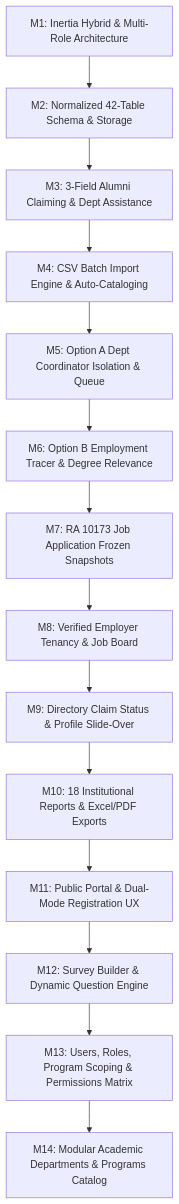
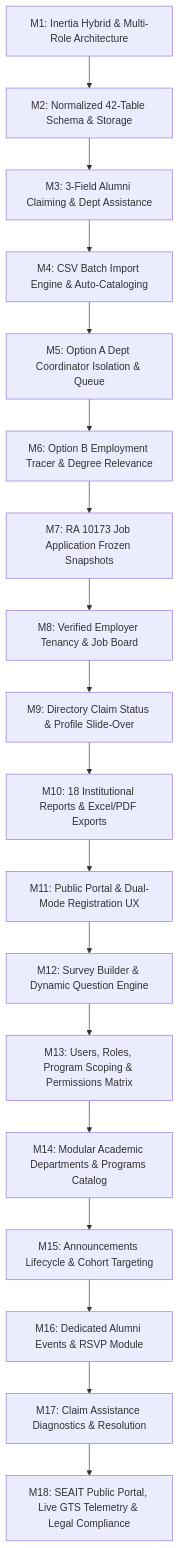
Before and after one commit to yortez/atms: the diagram in docs/milestones-achieved.md, drawn with Mermaid. The commit also changed other lines of this file, not shown here.

````diff
--- a/docs/milestones-achieved.md
+++ b/docs/milestones-achieved.md
@@ -14,16 +14,20 @@
 ```mermaid
 flowchart TD
     M1["M1: Inertia Hybrid & Multi-Role Architecture"] --> M2["M2: Normalized 42-Table Schema & Storage"]
     M2 --> M3["M3: 3-Field Alumni Claiming & Dept Assistance"]
     M3 --> M4["M4: CSV Batch Import Engine & Auto-Cataloging"]
     M4 --> M5["M5: Option A Dept Coordinator Isolation & Queue"]
     M5 --> M6["M6: Option B Employment Tracer & Degree Relevance"]
     M6 --> M7["M7: RA 10173 Job Application Frozen Snapshots"]
     M7 --> M8["M8: Verified Employer Tenancy & Job Board"]
     M8 --> M9["M9: Directory Claim Status & Profile Slide-Over"]
     M9 --> M10["M10: 18 Institutional Reports & Excel/PDF Exports"]
     M10 --> M11["M11: Public Portal & Dual-Mode Registration UX"]
     M11 --> M12["M12: Survey Builder & Dynamic Question Engine"]
     M12 --> M13["M13: Users, Roles, Program Scoping & Permissions Matrix"]
     M13 --> M14["M14: Modular Academic Departments & Programs Catalog"]
+    M14 --> M15["M15: Announcements Lifecycle & Cohort Targeting"]
+    M15 --> M16["M16: Dedicated Alumni Events & RSVP Module"]
+    M16 --> M17["M17: Claim Assistance Diagnostics & Resolution"]
+    M17 --> M18["M18: SEAIT Public Portal, Live GTS Telemetry & Legal Compliance"]
 ```
````
